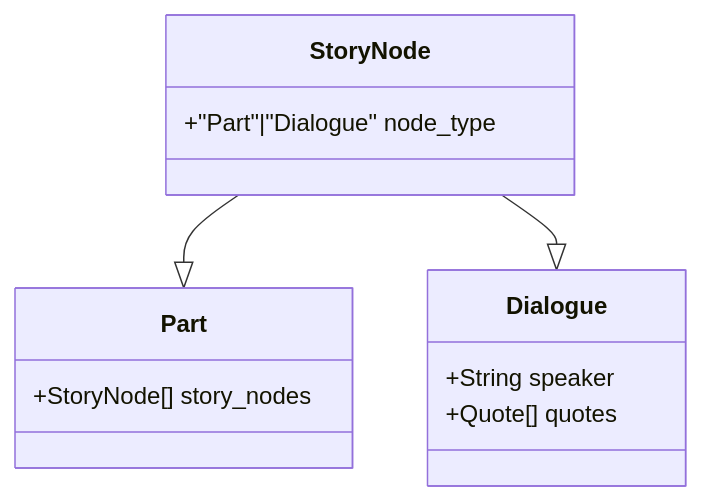
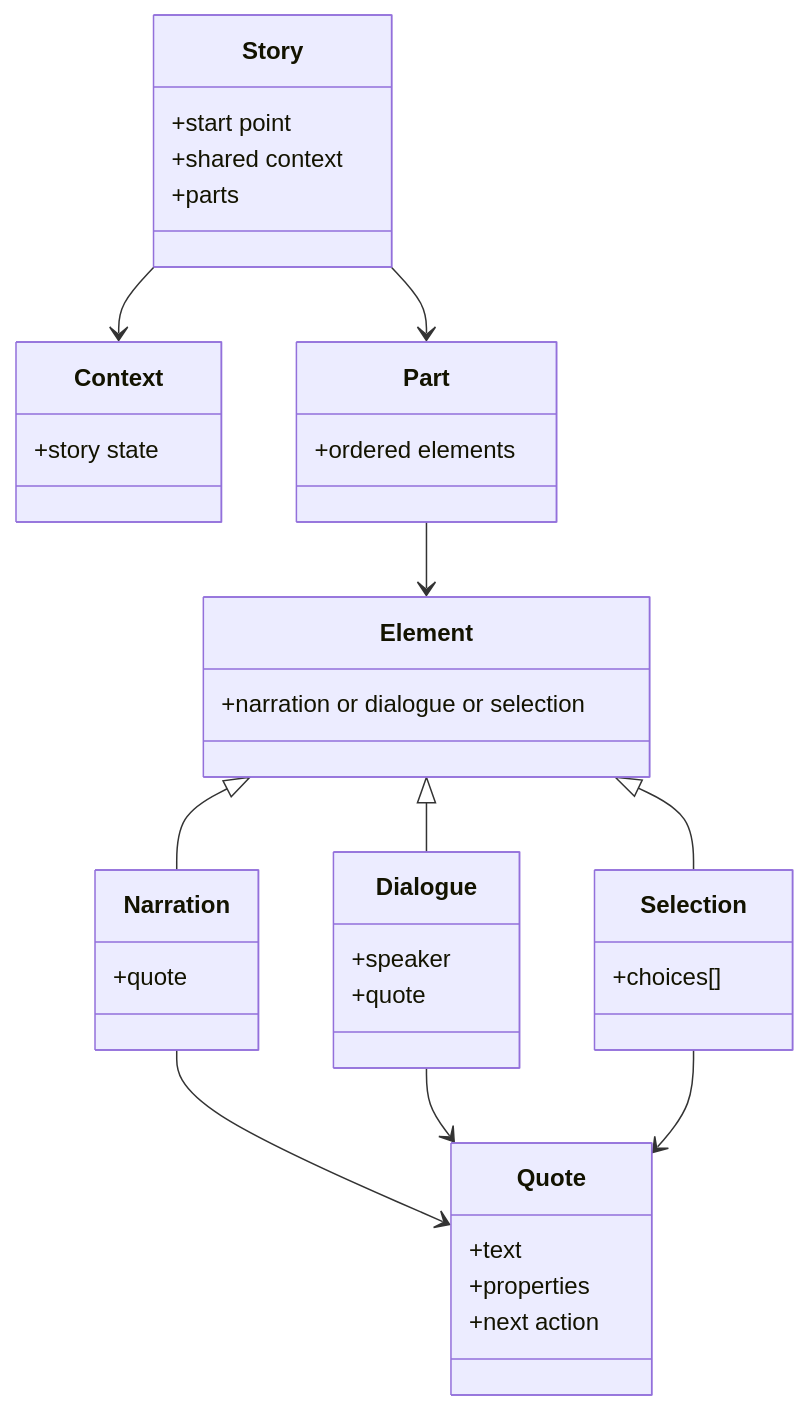
Before and after one commit to coreapostrophe/fabulist: the first of 3 diagrams in README.md, drawn with Mermaid. The commit also changed other lines of this file and 15 other files, not shown here.

````diff
--- a/README.md
+++ b/README.md
@@ -28,15 +47,42 @@
 ```mermaid
 classDiagram
-    StoryNode --|> Part
-    StoryNode --|> Dialogue
-    class StoryNode {
-        +"Part"|"Dialogue" node_type
+    Story --> Context
+    Story --> Part
+    Part --> Element
+    Element <|-- Narration
+    Element <|-- Dialogue
+    Element <|-- Selection
+    Narration --> Quote
+    Dialogue --> Quote
+    Selection --> Quote
+
+    class Story {
+        +start point
+        +shared context
+        +parts
     }
-    class Part{
-        +StoryNode[] story_nodes
+    class Context {
+        +story state
     }
-    class Dialogue{
-        +String speaker
-        +Quote[] quotes
+    class Part {
+        +ordered elements
+    }
+    class Element {
+        +narration or dialogue or selection
+    }
+    class Narration {
+        +quote
+    }
+    class Dialogue {
+        +speaker
+        +quote
+    }
+    class Selection {
+        +choices[]
+    }
+    class Quote {
+        +text
+        +properties
+        +next action
     }
 ```
````
